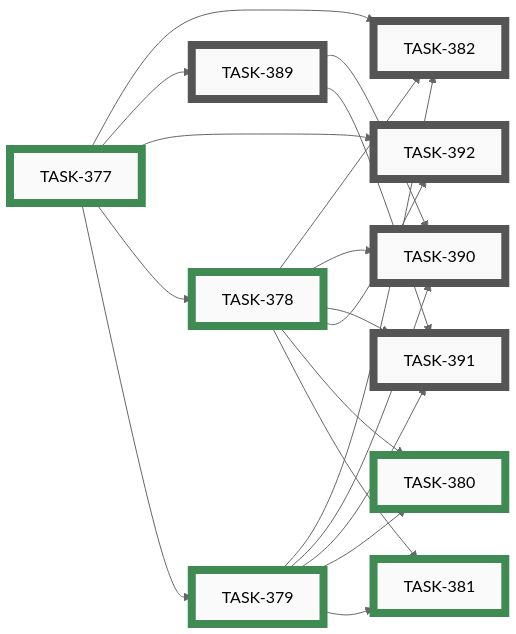
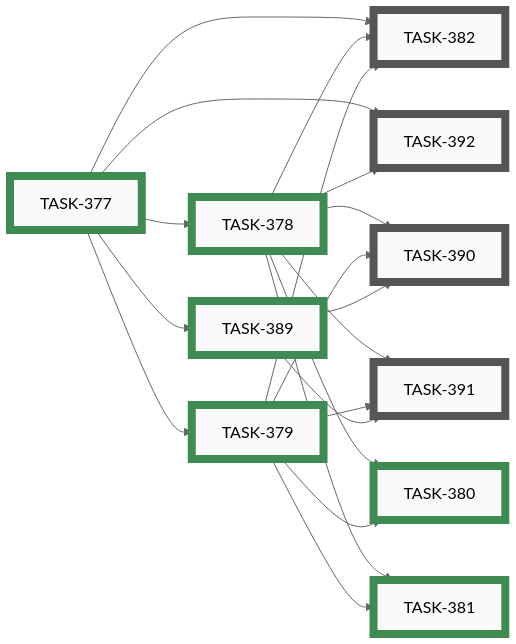
One commit to tgd1975/AwesomeGuitarPedal changed the ninth of 11 diagrams in docs/developers/tasks/EPICS.md. Above: the diagram before and after it, drawn with Mermaid (neutral theme). The commit also changed other lines of this file and 5 other files, not shown here.

First line of the commit message:
close TASK-389: PinNamesCatalog service (EPIC-029)

````diff
--- a/docs/developers/tasks/EPICS.md
+++ b/docs/developers/tasks/EPICS.md
@@ -305,49 +305,49 @@
 ```mermaid
 graph LR
     TASK_382["TASK-382"]:::open
-    TASK_389["TASK-389"]:::open
     TASK_390["TASK-390"]:::open
     TASK_391["TASK-391"]:::open
     TASK_392["TASK-392"]:::open
     TASK_377["TASK-377"]:::closed
     TASK_378["TASK-378"]:::closed
     TASK_379["TASK-379"]:::closed
     TASK_380["TASK-380"]:::closed
     TASK_381["TASK-381"]:::closed
+    TASK_389["TASK-389"]:::closed
     TASK_377 --> TASK_382
     TASK_378 --> TASK_382
     TASK_379 --> TASK_382
-    TASK_377 --> TASK_389
     TASK_378 --> TASK_390
     TASK_379 --> TASK_390
     TASK_389 --> TASK_390
     TASK_378 --> TASK_391
     TASK_379 --> TASK_391
     TASK_389 --> TASK_391
     TASK_377 --> TASK_392
     TASK_378 --> TASK_392
     TASK_377 --> TASK_378
     TASK_377 --> TASK_379
     TASK_378 --> TASK_380
     TASK_379 --> TASK_380
     TASK_378 --> TASK_381
     TASK_379 --> TASK_381
+    TASK_377 --> TASK_389
     click TASK_382 "open/task-382-named-pins-builder-docs-and-github-addition-process.md"
-    click TASK_389 "open/task-389-pin-names-catalog-service.md"
     click TASK_390 "open/task-390-action-editor-named-pin-ux.md"
     click TASK_391 "open/task-391-missing-mapping-warning-surfaces.md"
     click TASK_392 "open/task-392-js-config-builder-pinnames-ux.md"
     click TASK_377 "closed/task-377-define-v1-standard-pin-name-set.md"
     click TASK_378 "closed/task-378-hardware-config-pinnames-mapping.md"
     click TASK_379 "closed/task-379-profile-schema-accept-named-pin-references.md"
     click TASK_380 "closed/task-380-esp32-resolve-named-pins-at-config-load.md"
     click TASK_381 "closed/task-381-configurator-named-pin-ux-autocomplete-validation-warning.md"
+    click TASK_389 "closed/task-389-pin-names-catalog-service.md"
     classDef open    fill:#FAFAFA,stroke:#555,stroke-width:8px,color:#000
     classDef active  fill:#FAFAFA,stroke:#1A6FA8,stroke-width:8px,color:#000
     classDef closed  fill:#FAFAFA,stroke:#3F8B53,stroke-width:8px,color:#000
     classDef paused  fill:#FAFAFA,stroke:#B07810,stroke-width:8px,color:#000
     classDef openExt    fill:#000,stroke:#888,stroke-width:8px,color:#FFF
     classDef activeExt  fill:#000,stroke:#3FA9F5,stroke-width:8px,color:#FFF
     classDef closedExt  fill:#000,stroke:#7CC68A,stroke-width:8px,color:#FFF
     classDef pausedExt  fill:#000,stroke:#F0B030,stroke-width:8px,color:#FFF
 ```
````
